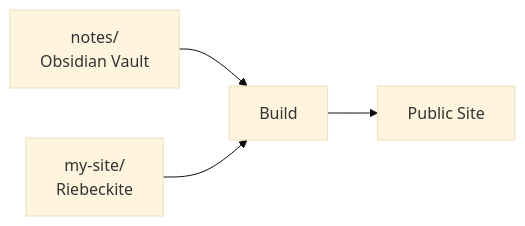
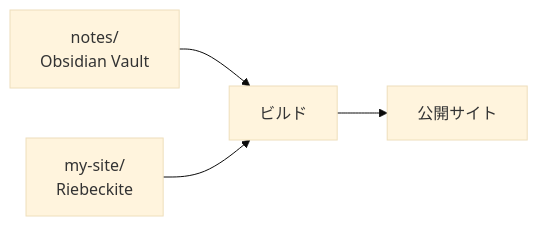
One commit to Rerurate514/riebeckite changed the third of 7 diagrams in docs/docs/guides/obsidian.ja.md. Above: the diagram before and after it, drawn with Mermaid (base theme). The commit also changed other lines of this file and 310 other files, not shown here.

````diff
--- a/docs/docs/guides/obsidian.ja.md
+++ b/docs/docs/guides/obsidian.ja.md
@@ -205,11 +185,11 @@
 ```mermaid id="yt9bfr"
 flowchart LR
     Vault["notes/<br/>Obsidian Vault"]
     Site["my-site/<br/>Riebeckite"]
-    Build["Build"]
-    Public["Public Site"]
+    Build["ビルド"]
+    Public["公開サイト"]
 
     Vault --> Build
     Site --> Build
     Build --> Public
 ```
````
